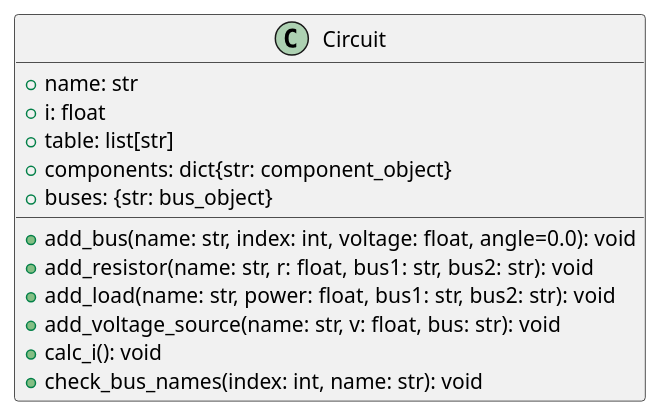
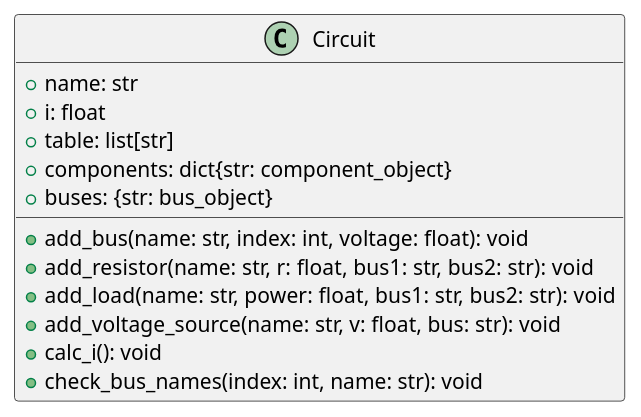
The third of 4 diagrams in project1.plantuml (JLipnerPitt/ECE2774-ADV-POWER-SYSTEMS-ANALYSIS), drawn with PlantUML before and after one commit. The commit also changed other lines of this file and 7 other files, not shown here.

```diff
--- a/project1.plantuml
+++ b/project1.plantuml
@@ -19,15 +20,15 @@
 @startuml Circuit
 class Circuit {
     +name: str
     +i: float
     +table: list[str]
     +components: dict{str: component_object}
     +buses: {str: bus_object}
-    +add_bus(name: str, index: int, voltage: float, angle=0.0): void
+    +add_bus(name: str, index: int, voltage: float): void
     +add_resistor(name: str, r: float, bus1: str, bus2: str): void
     +add_load(name: str, power: float, bus1: str, bus2: str): void
     +add_voltage_source(name: str, v: float, bus: str): void
     +calc_i(): void
     +check_bus_names(index: int, name: str): void
 }
 @enduml
```
